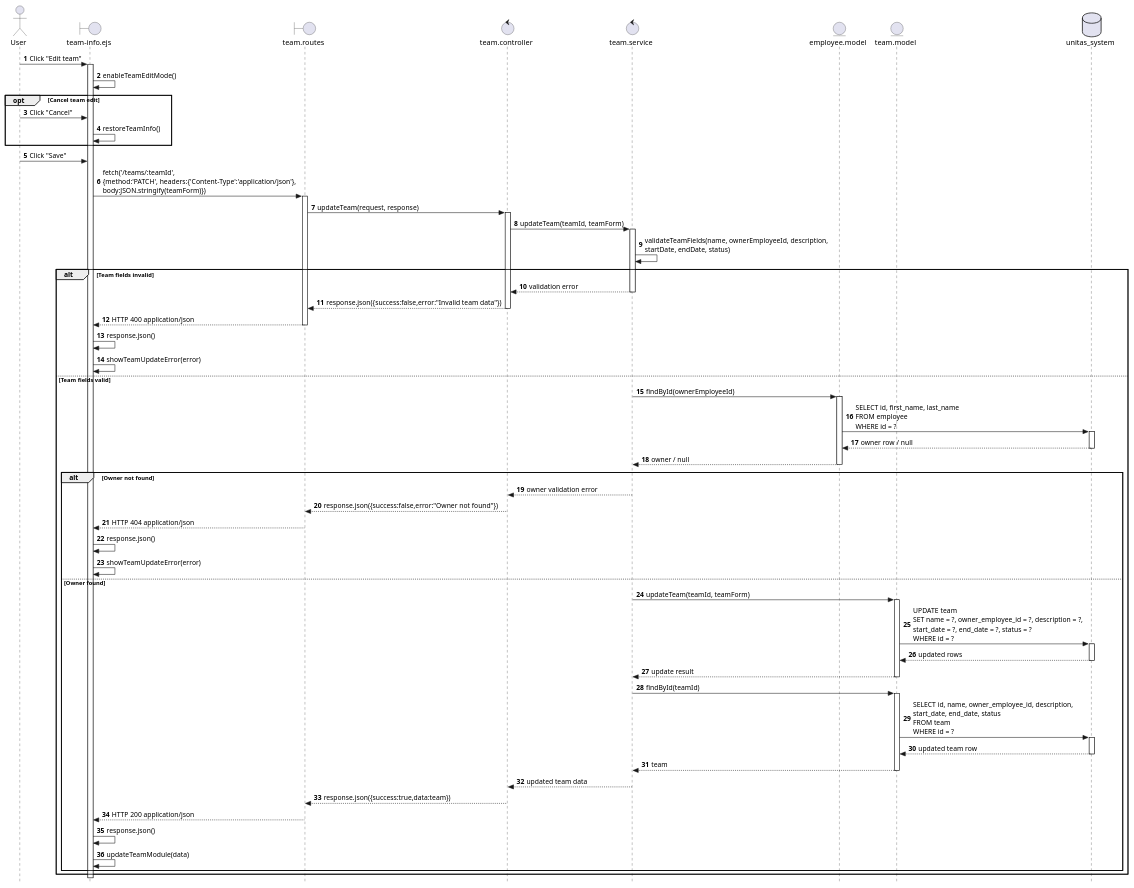
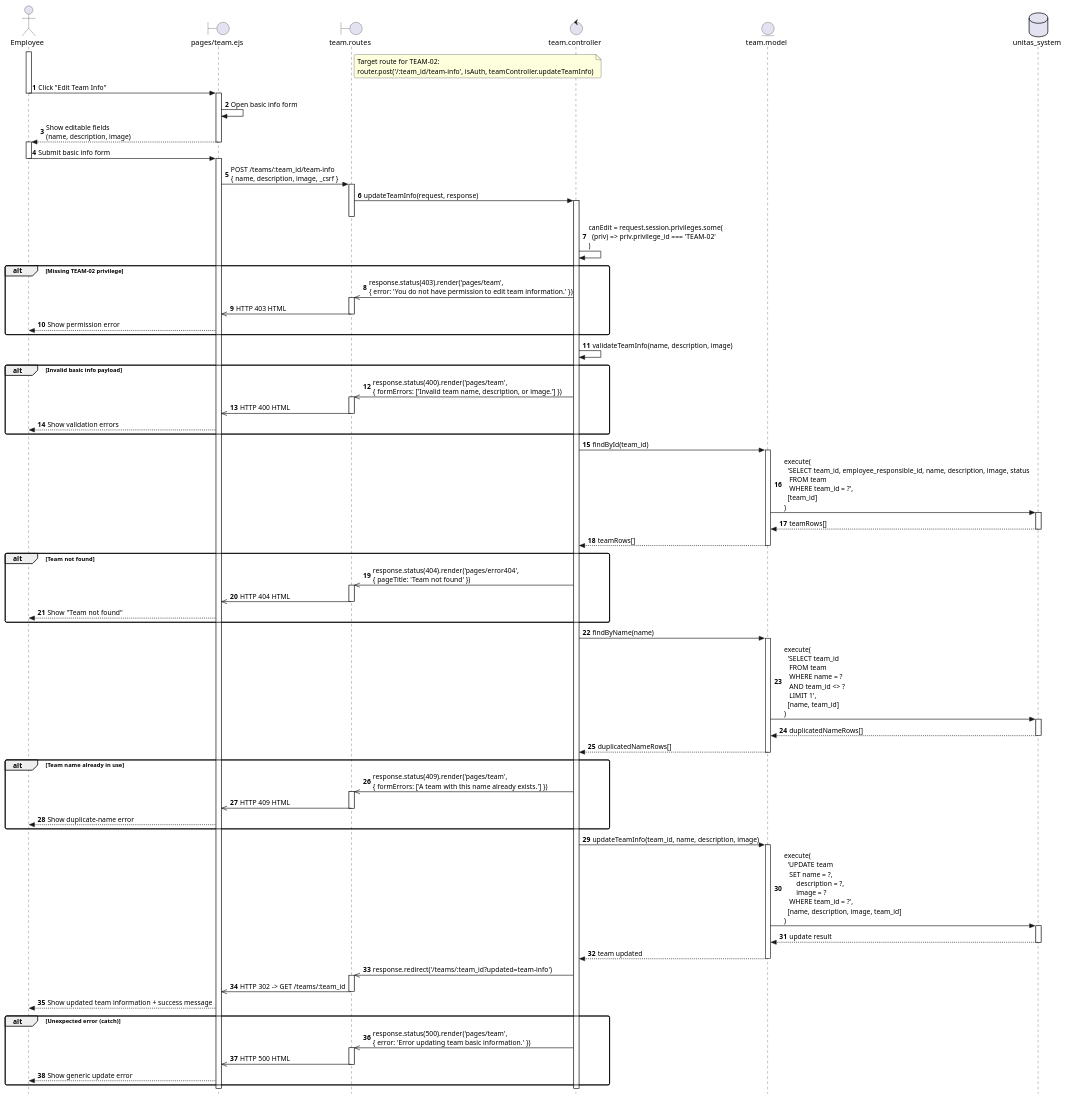
Before and after one commit to Berthou05/LimboSoftwareDevelopment_Change.org: the diagram in documentation/sequence_diagrams/TEAM-02-SD.puml, drawn with PlantUML. The commit also changed 5 other files, not shown here.

Commit message:
[FIX] corrected diagrams ADMIN-01 AUTH-03 PROJ-08 PROJ-14 PROJ-15 TEAM-2

```diff
--- a/documentation/sequence_diagrams/TEAM-02-SD.puml
+++ b/documentation/sequence_diagrams/TEAM-02-SD.puml
@@ -1,89 +1,117 @@
 @startuml
 skinparam style strictuml
+skinparam sequenceArrowThickness 1.2
+skinparam roundcorner 6
 autonumber
 
-actor "User" as U
-boundary "team-info.ejs" as V
-boundary "team.routes" as RO
-control "team.controller" as C
-control "team.service" as SV
-entity "employee.model" as E
-entity "team.model" as X
-database "unitas_system" as DB
+actor    "Employee"                              as User
+boundary "pages/team.ejs"                        as TeamView
+boundary "team.routes"                           as Routes
+control  "team.controller"                       as Controller
+entity   "team.model"                            as TeamModel
+database "unitas_system"                         as DB
 
-U -> V: Click "Edit team"
-activate V
-V -> V: enableTeamEditMode()
+note right of Routes
+  Target route for TEAM-02:
+  router.post('/:team_id/team-info', isAuth, teamController.updateTeamInfo)
+end note
 
-opt Cancel team edit
-U -> V: Click "Cancel"
-V -> V: restoreTeamInfo()
+activate User
+User -> TeamView : Click "Edit Team Info"
+deactivate User
+activate TeamView
+TeamView -> TeamView : Open basic info form
+TeamView --> User : Show editable fields\n(name, description, image)
+deactivate TeamView
+
+activate User
+User -> TeamView : Submit basic info form
+deactivate User
+activate TeamView
+TeamView -> Routes : POST /teams/:team_id/team-info\n{ name, description, image, _csrf }
+activate Routes
+Routes -> Controller : updateTeamInfo(request, response)
+activate Controller
+deactivate Routes
+
+Controller -> Controller : canEdit = request.session.privileges.some(\n  (priv) => priv.privilege_id === 'TEAM-02'\n)
+
+alt Missing TEAM-02 privilege
+    Controller ->> Routes : response.status(403).render('pages/team',\n{ error: 'You do not have permission to edit team information.' })
+    activate Routes
+    Routes ->> TeamView : HTTP 403 HTML
+    deactivate Routes
+    TeamView --> User : Show permission error
 end
 
-U -> V: Click "Save"
-V -> RO: fetch('/teams/:teamId',\n{method:'PATCH', headers:{'Content-Type':'application/json'},\nbody:JSON.stringify(teamForm)})
-activate RO
-RO -> C: updateTeam(request, response)
-activate C
-C -> SV: updateTeam(teamId, teamForm)
-activate SV
-SV -> SV: validateTeamFields(name, ownerEmployeeId, description,\nstartDate, endDate, status)
+Controller -> Controller : validateTeamInfo(name, description, image)
 
-alt Team fields invalid
-SV --> C: validation error
-deactivate SV
-C --> RO: response.json({success:false,error:"Invalid team data"})
-deactivate C
-RO --> V: HTTP 400 application/json
-deactivate RO
-V -> V: response.json()
-V -> V: showTeamUpdateError(error)
-else Team fields valid
-SV -> E: findById(ownerEmployeeId)
-activate E
-E -> DB: SELECT id, first_name, last_name\nFROM employee\nWHERE id = ?
+alt Invalid basic info payload
+    Controller ->> Routes : response.status(400).render('pages/team',\n{ formErrors: ['Invalid team name, description, or image.'] })
+    activate Routes
+    Routes ->> TeamView : HTTP 400 HTML
+    deactivate Routes
+    TeamView --> User : Show validation errors
+end
+
+Controller -> TeamModel : findById(team_id)
+activate TeamModel
+TeamModel -> DB : execute(\n  'SELECT team_id, employee_responsible_id, name, description, image, status\n   FROM team\n   WHERE team_id = ?',\n  [team_id]\n)
 activate DB
-DB --> E: owner row / null
+DB --> TeamModel : teamRows[]
 deactivate DB
-E --> SV: owner / null
-deactivate E
+TeamModel --> Controller : teamRows[]
+deactivate TeamModel
 
-alt Owner not found
-SV --> C: owner validation error
-deactivate SV
-C --> RO: response.json({success:false,error:"Owner not found"})
-deactivate C
-RO --> V: HTTP 404 application/json
-deactivate RO
-V -> V: response.json()
-V -> V: showTeamUpdateError(error)
-else Owner found
-SV -> X: updateTeam(teamId, teamForm)
-activate X
-X -> DB: UPDATE team\nSET name = ?, owner_employee_id = ?, description = ?,\nstart_date = ?, end_date = ?, status = ?\nWHERE id = ?
+alt Team not found
+    Controller ->> Routes : response.status(404).render('pages/error404',\n{ pageTitle: 'Team not found' })
+    activate Routes
+    Routes ->> TeamView : HTTP 404 HTML
+    deactivate Routes
+    TeamView --> User : Show "Team not found"
+end
+
+Controller -> TeamModel : findByName(name)
+activate TeamModel
+TeamModel -> DB : execute(\n  'SELECT team_id\n   FROM team\n   WHERE name = ?\n   AND team_id <> ?\n   LIMIT 1',\n  [name, team_id]\n)
 activate DB
-DB --> X: updated rows
+DB --> TeamModel : duplicatedNameRows[]
 deactivate DB
-X --> SV: update result
-deactivate X
-SV -> X: findById(teamId)
-activate X
-X -> DB: SELECT id, name, owner_employee_id, description,\nstart_date, end_date, status\nFROM team\nWHERE id = ?
+TeamModel --> Controller : duplicatedNameRows[]
+deactivate TeamModel
+
+alt Team name already in use
+    Controller ->> Routes : response.status(409).render('pages/team',\n{ formErrors: ['A team with this name already exists.'] })
+    activate Routes
+    Routes ->> TeamView : HTTP 409 HTML
+    deactivate Routes
+    TeamView --> User : Show duplicate-name error
+end
+
+Controller -> TeamModel : updateTeamInfo(team_id, name, description, image)
+activate TeamModel
+TeamModel -> DB : execute(\n  'UPDATE team\n   SET name = ?,\n       description = ?,\n       image = ?\n   WHERE team_id = ?',\n  [name, description, image, team_id]\n)
 activate DB
-DB --> X: updated team row
+DB --> TeamModel : update result
 deactivate DB
-X --> SV: team
-deactivate X
-SV --> C: updated team data
-deactivate SV
-C --> RO: response.json({success:true,data:team})
-deactivate C
-RO --> V: HTTP 200 application/json
-deactivate RO
-V -> V: response.json()
-V -> V: updateTeamModule(data)
+TeamModel --> Controller : team updated
+deactivate TeamModel
+
+Controller ->> Routes : response.redirect('/teams/:team_id?updated=team-info')
+activate Routes
+Routes ->> TeamView : HTTP 302 -> GET /teams/:team_id
+deactivate Routes
+TeamView --> User : Show updated team information + success message
+
+alt Unexpected error (catch)
+    Controller ->> Routes : response.status(500).render('pages/team',\n{ error: 'Error updating team basic information.' })
+    activate Routes
+    Routes ->> TeamView : HTTP 500 HTML
+    deactivate Routes
+    TeamView --> User : Show generic update error
 end
-end
-deactivate V
+
+deactivate Controller
+deactivate TeamView
 
 @enduml
```
